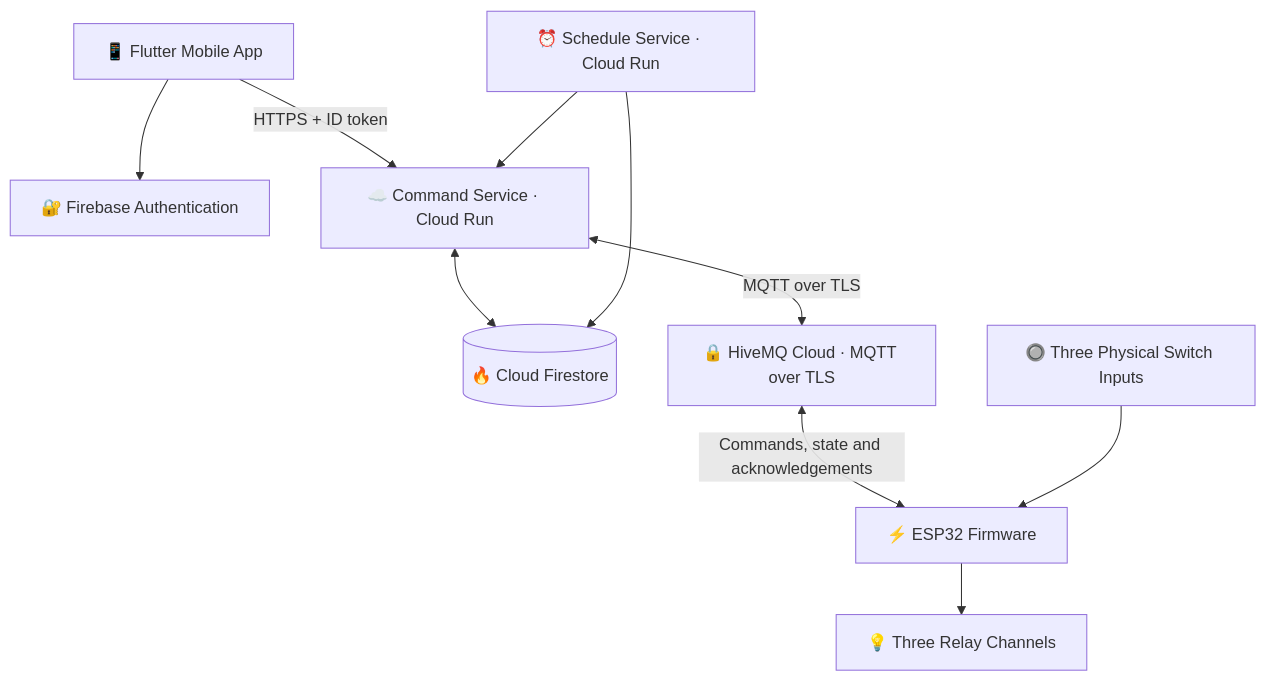
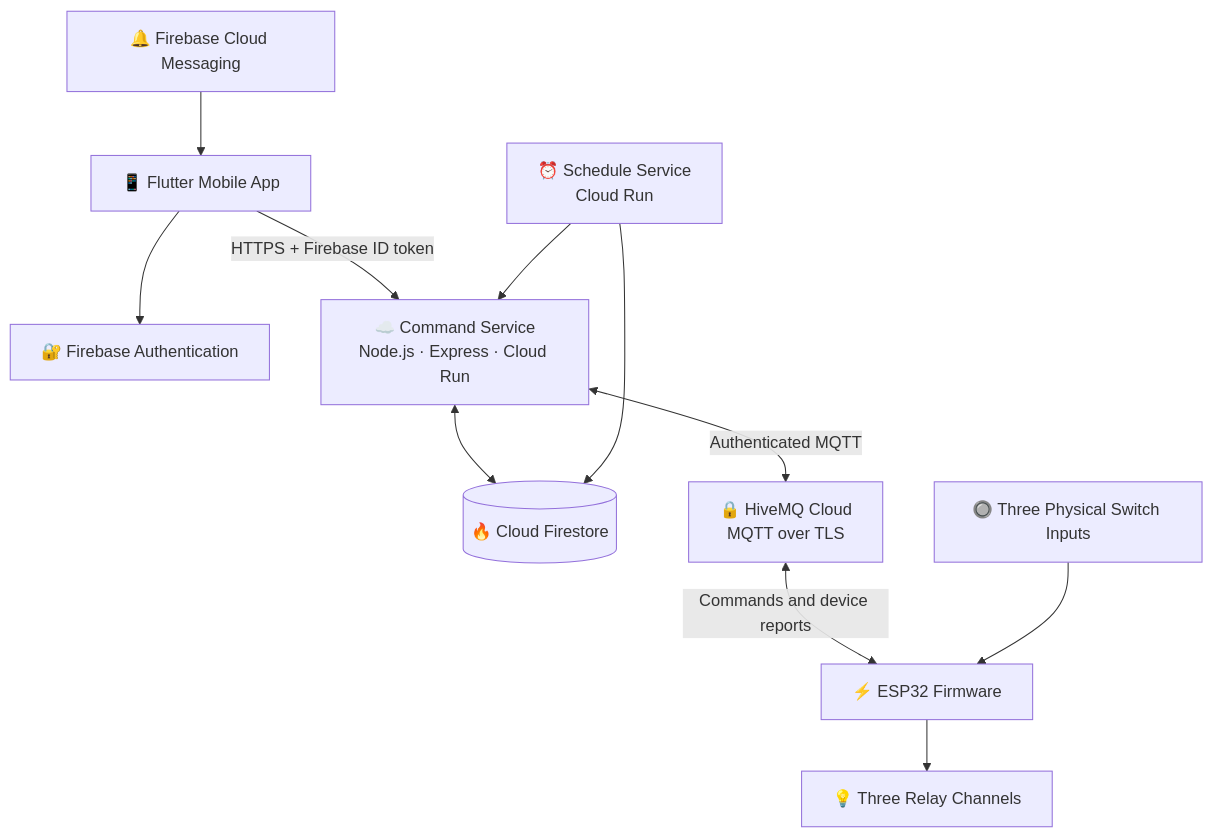
One commit to Aakash1106S/HAVEN- changed the diagram in README.md. Above: the diagram before and after it, drawn with Mermaid. The commit also changed other lines of this file, not shown here.

````diff
--- a/README.md
+++ b/README.md
@@ -94,22 +108,25 @@
 ```mermaid
 flowchart TB
-    A["📱 Flutter Mobile App"]
-    B["🔐 Firebase Authentication"]
-    C["☁️ Command Service · Cloud Run"]
-    D[("🔥 Cloud Firestore")]
-    E["🔒 HiveMQ Cloud · MQTT over TLS"]
-    F["⚡ ESP32 Firmware"]
-    G["💡 Three Relay Channels"]
-    H["🔘 Three Physical Switch Inputs"]
-    I["⏰ Schedule Service · Cloud Run"]
+    U["📱 Flutter Mobile App"]
 
-    A --> B
-    A -->|"HTTPS + ID token"| C
-    C <--> D
-    C <-->|"MQTT over TLS"| E
-    E <-->|"Commands, state and acknowledgements"| F
-    F --> G
-    H --> F
-    I --> D
-    I --> C
+    AUTH["🔐 Firebase Authentication"]
+    API["☁️ Command Service<br/>Node.js · Express · Cloud Run"]
+    DB[("🔥 Cloud Firestore")]
+    MQTT["🔒 HiveMQ Cloud<br/>MQTT over TLS"]
+    ESP["⚡ ESP32 Firmware"]
+    RELAY["💡 Three Relay Channels"]
+    SWITCH["🔘 Three Physical Switch Inputs"]
+    SCHEDULE["⏰ Schedule Service<br/>Cloud Run"]
+    FCM["🔔 Firebase Cloud Messaging"]
+
+    U --> AUTH
+    U -->|"HTTPS + Firebase ID token"| API
+    API <--> DB
+    API <-->|"Authenticated MQTT"| MQTT
+    MQTT <-->|"Commands and device reports"| ESP
+    ESP --> RELAY
+    SWITCH --> ESP
+    SCHEDULE --> DB
+    SCHEDULE --> API
+    FCM --> U
 ```
````
